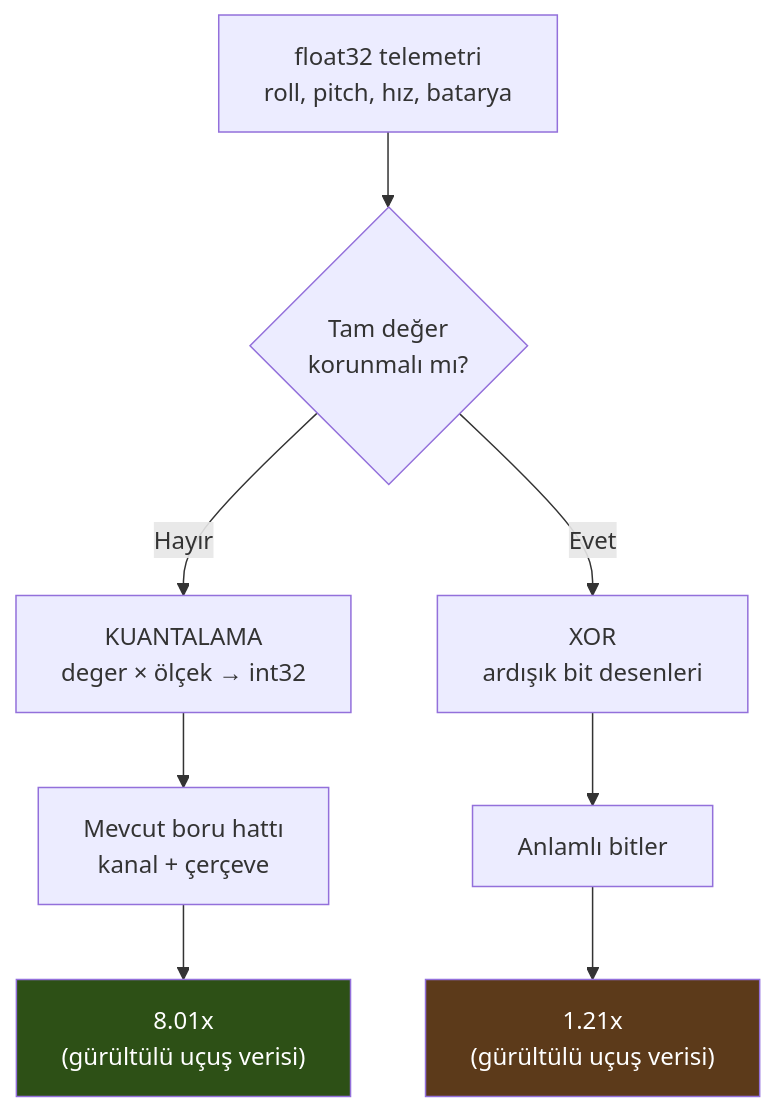
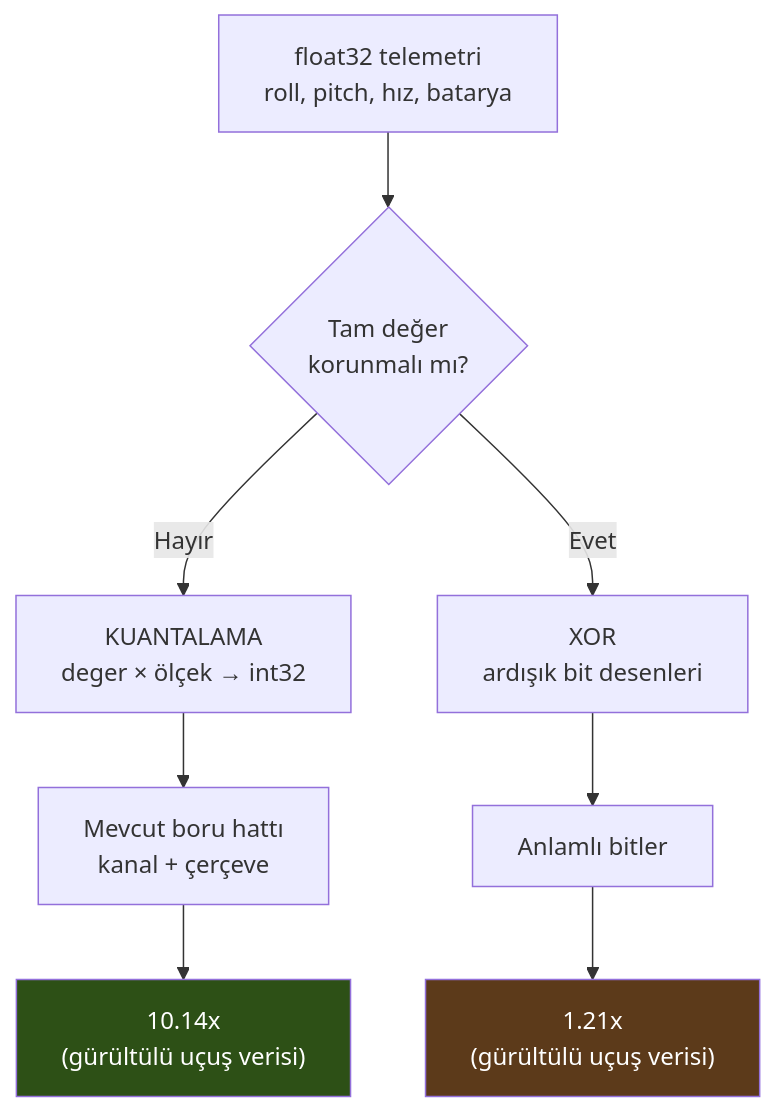
One commit to imrankagan/elBariProject changed the fifth of 5 diagrams in belgeler/AKIS_SEMASI.md. Above: the diagram before and after it, drawn with Mermaid. The commit also changed other lines of this file and 9 other files, not shown here.

````diff
--- a/belgeler/AKIS_SEMASI.md
+++ b/belgeler/AKIS_SEMASI.md
@@ -236,16 +244,16 @@
 ```mermaid
 flowchart TD
     A["float32 telemetri<br/>roll, pitch, hız, batarya"] --> B{"Tam değer<br/>korunmalı mı?"}
 
     B -->|"Hayır"| C["KUANTALAMA<br/>deger × ölçek → int32"]
     B -->|"Evet"| D["XOR<br/>ardışık bit desenleri"]
 
     C --> E["Mevcut boru hattı<br/>kanal + çerçeve"]
-    E --> F["8.01x<br/>(gürültülü uçuş verisi)"]
+    E --> F["10.14x<br/>(gürültülü uçuş verisi)"]
 
     D --> G["Anlamlı bitler"]
     G --> H["1.21x<br/>(gürültülü uçuş verisi)"]
 
     style F fill:#2d5016,color:#fff
     style H fill:#5c3a1a,color:#fff
 ```
````
